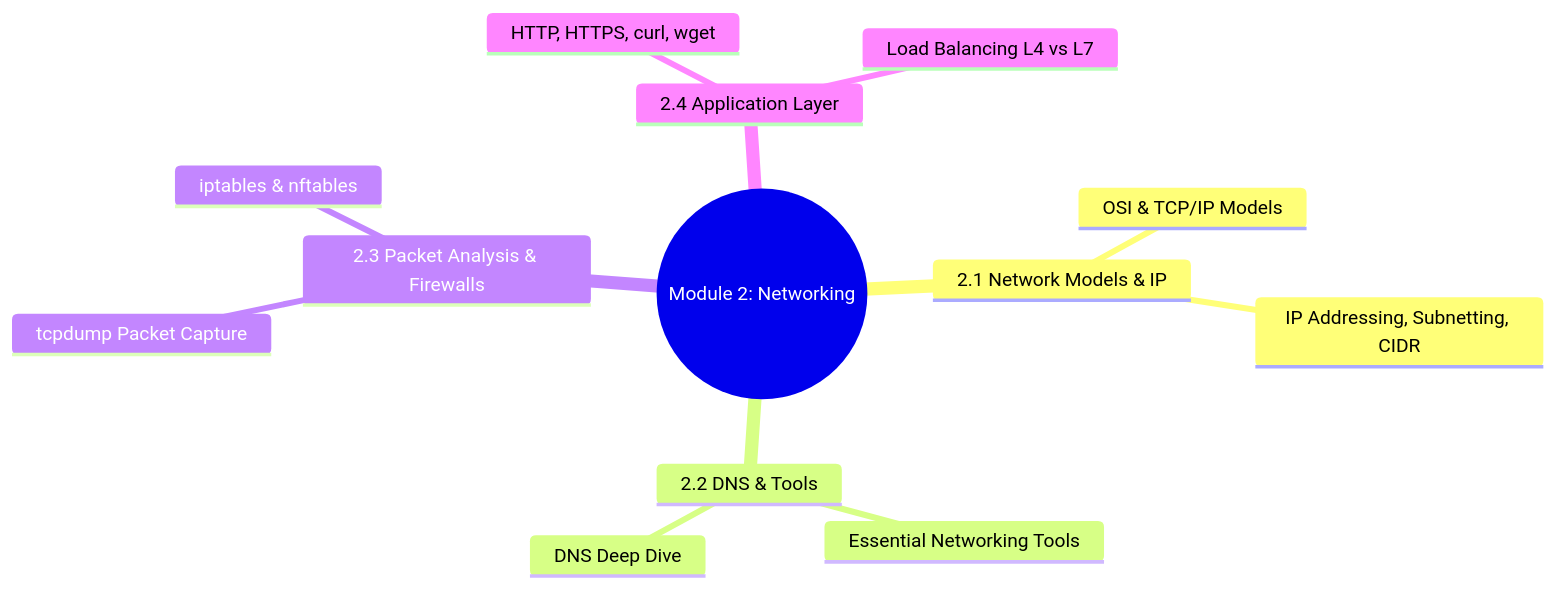
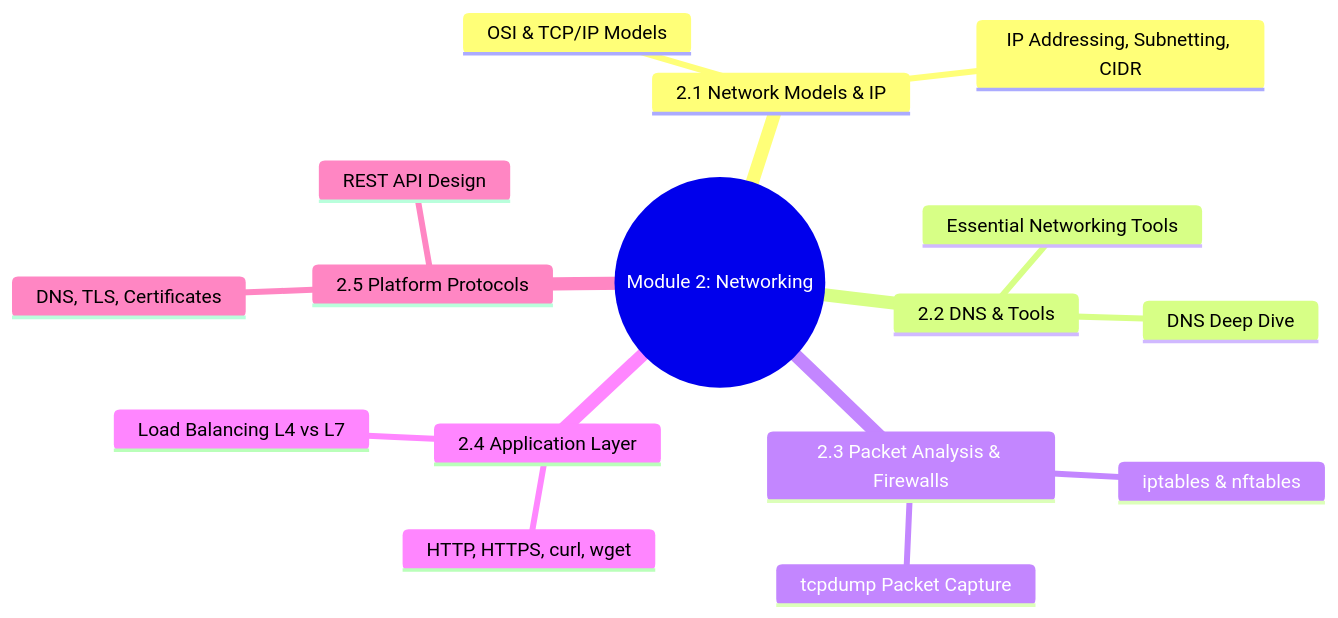
One commit to VidhyadharanSS/PlatformEngineeringNotes changed the first of 3 diagrams in 2-Networking/Module_2_Approach_Guide.md. Above: the diagram before and after it, drawn with Mermaid. The commit also changed other lines of this file and 120 other files, not shown here.

````diff
--- a/2-Networking/Module_2_Approach_Guide.md
+++ b/2-Networking/Module_2_Approach_Guide.md
@@ -5,16 +5,19 @@
 ```mermaid
 mindmap
   root((Module 2: Networking))
     2.1 Network Models & IP
       OSI & TCP/IP Models
       IP Addressing, Subnetting, CIDR
     2.2 DNS & Tools
       Essential Networking Tools
       DNS Deep Dive
     2.3 Packet Analysis & Firewalls
       tcpdump Packet Capture
       iptables & nftables
     2.4 Application Layer
       HTTP, HTTPS, curl, wget
       Load Balancing L4 vs L7
+    2.5 Platform Protocols
+      REST API Design
+      DNS, TLS, Certificates
 ```
````
